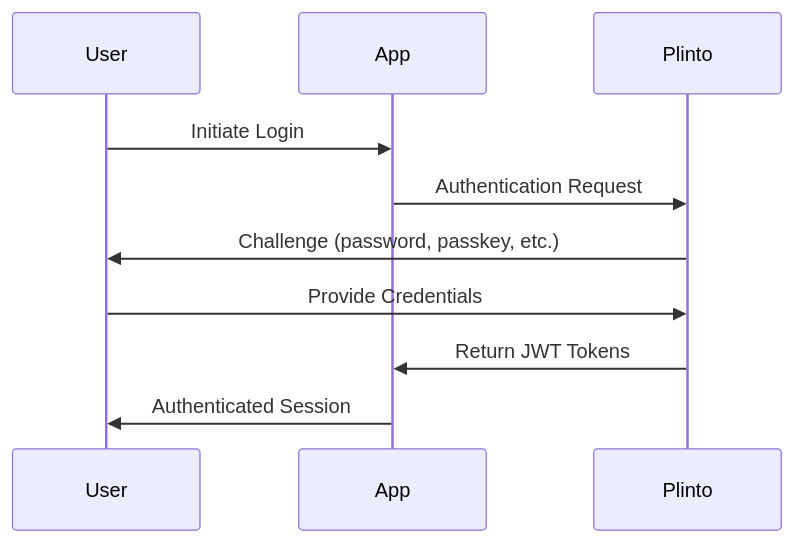
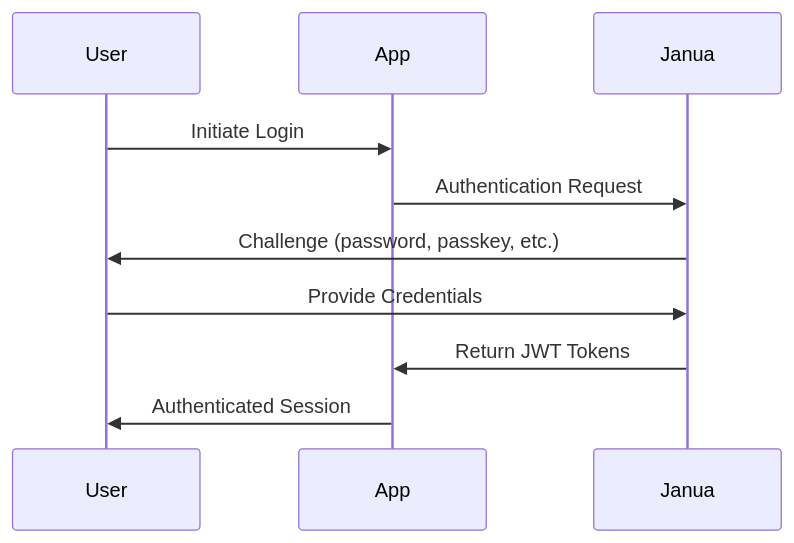
The diagram in apps/docs/app/guides/authentication/page.mdx (madfam-io/janua), drawn with Mermaid before and after one commit. The commit also changed other lines of this file and 69 other files, not shown here.

````diff
--- a/apps/docs/app/guides/authentication/page.mdx
+++ b/apps/docs/app/guides/authentication/page.mdx
@@ -19,13 +19,13 @@
 ```mermaid
 sequenceDiagram
     participant User
     participant App
-    participant Plinto
+    participant Janua
     
     User->>App: Initiate Login
-    App->>Plinto: Authentication Request
-    Plinto->>User: Challenge (password, passkey, etc.)
-    User->>Plinto: Provide Credentials
-    Plinto->>App: Return JWT Tokens
+    App->>Janua: Authentication Request
+    Janua->>User: Challenge (password, passkey, etc.)
+    User->>Janua: Provide Credentials
+    Janua->>App: Return JWT Tokens
     App->>User: Authenticated Session
 ```
````
